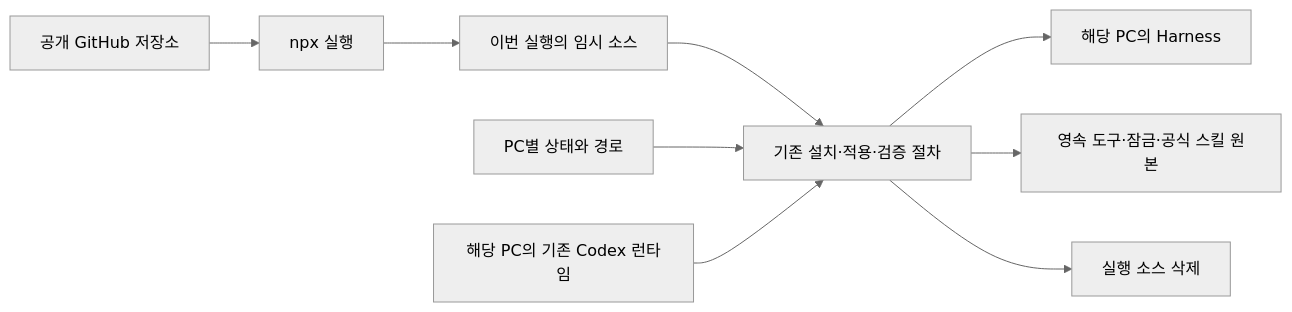
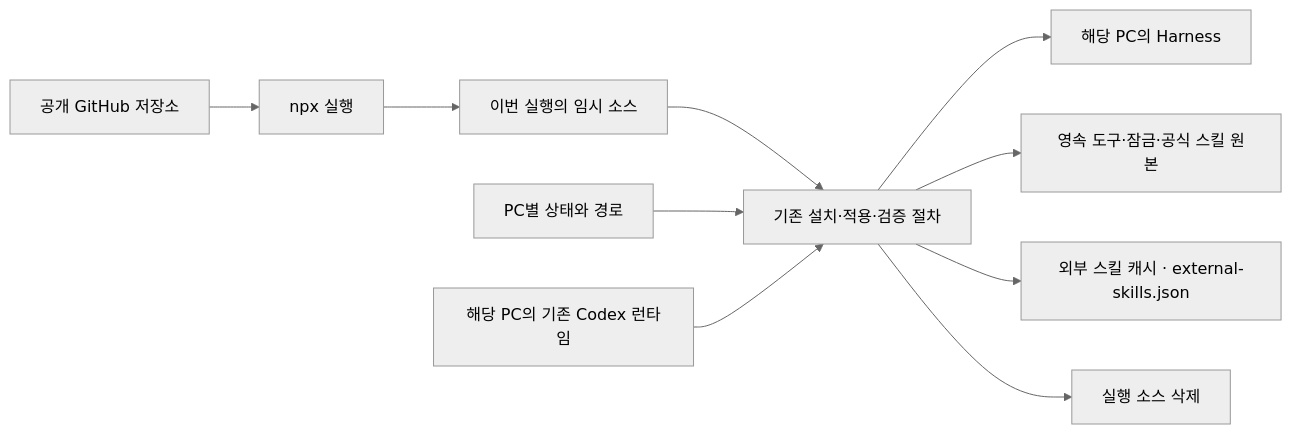
Before and after one commit to tttaliesin/personal-harness: the diagram in docs/remote-install.md, drawn with Mermaid (neutral theme). The commit also changed other lines of this file and 97 other files, not shown here.

Commit message:
Fetch external skills from their registered sources

````diff
--- a/docs/remote-install.md
+++ b/docs/remote-install.md
@@ -107,11 +115,12 @@
 ```mermaid
 flowchart LR
     G[공개 GitHub 저장소] --> N[npx 실행]
     N --> S[이번 실행의 임시 소스]
     S --> I[기존 설치·적용·검증 절차]
     L[PC별 상태와 경로] --> I
     R[해당 PC의 기존 Codex 런타임] --> I
     I --> C[해당 PC의 Harness]
     I --> P[영속 도구·잠금·공식 스킬 원본]
+    I --> E["외부 스킬 캐시 · external-skills.json"]
     I --> D[실행 소스 삭제]
 ```
````
